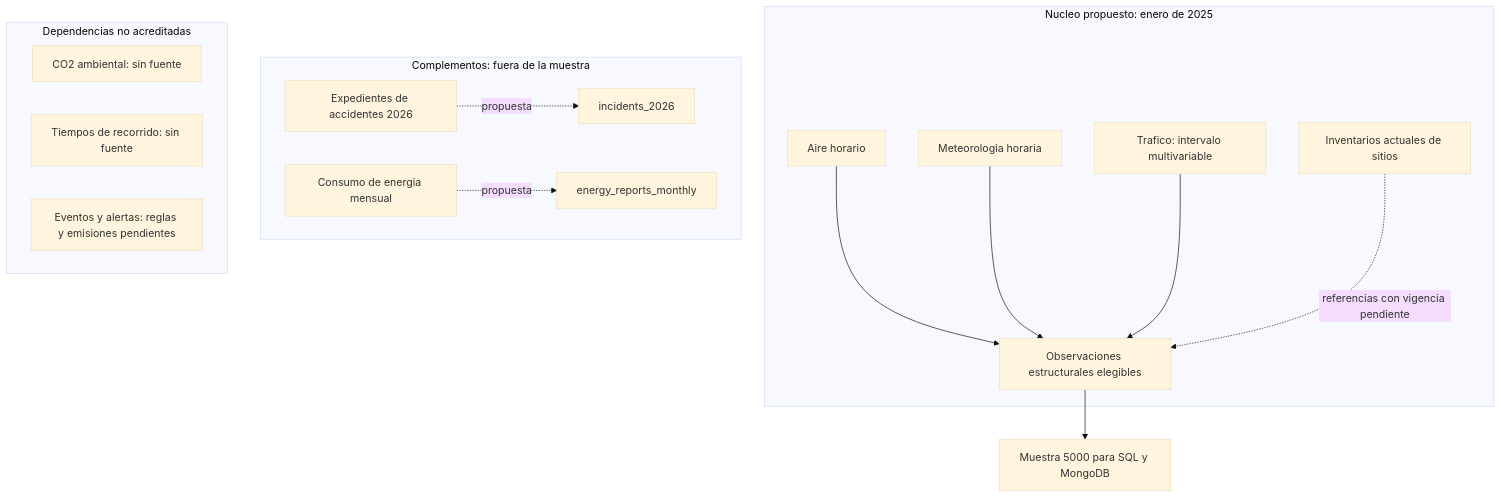
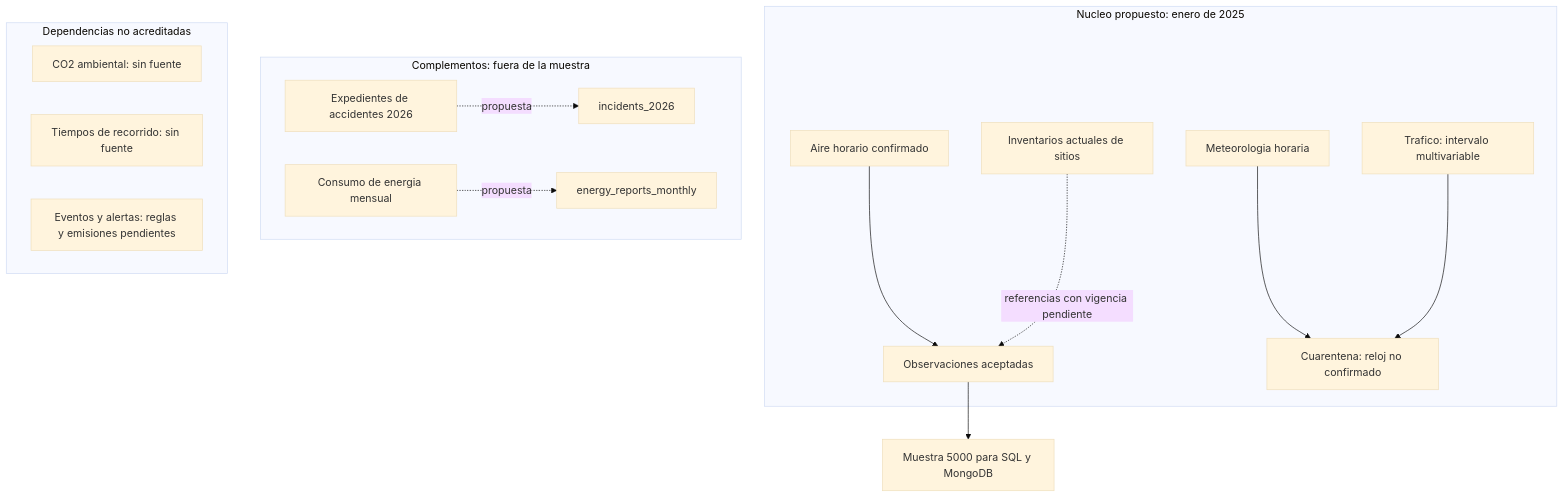
The fifth of 5 diagrams in docs/arquitectura/diagramas.md (Alpizar28/SmartCity), drawn with Mermaid (base theme) before and after one commit. The commit also changed other lines of this file and 51 other files, not shown here.

````diff
--- a/docs/arquitectura/diagramas.md
+++ b/docs/arquitectura/diagramas.md
@@ -166,19 +175,19 @@
 ```mermaid
 flowchart TD
   subgraph CORE[Nucleo propuesto: enero de 2025]
-    A[Aire horario] --> R[Observaciones estructurales elegibles]
-    W[Meteorologia horaria] --> R
-    T[Trafico: intervalo multivariable] --> R
+    A[Aire horario confirmado] --> R[Observaciones aceptadas]
+    W[Meteorologia horaria] --> Q[Cuarentena: reloj no confirmado]
+    T[Trafico: intervalo multivariable] --> Q
     I[Inventarios actuales de sitios] -. referencias con vigencia pendiente .-> R
   end
   R --> S[Muestra 5000 para SQL y MongoDB]
   subgraph EXTRA[Complementos: fuera de la muestra]
     X[Expedientes de accidentes 2026] -. propuesta .-> IC[incidents_2026]
     E[Consumo de energia mensual] -. propuesta .-> EC[energy_reports_monthly]
   end
   subgraph FUTURE[Dependencias no acreditadas]
     CO[CO2 ambiental: sin fuente]
     RT[Tiempos de recorrido: sin fuente]
     EV[Eventos y alertas: reglas y emisiones pendientes]
   end
 ```
````
